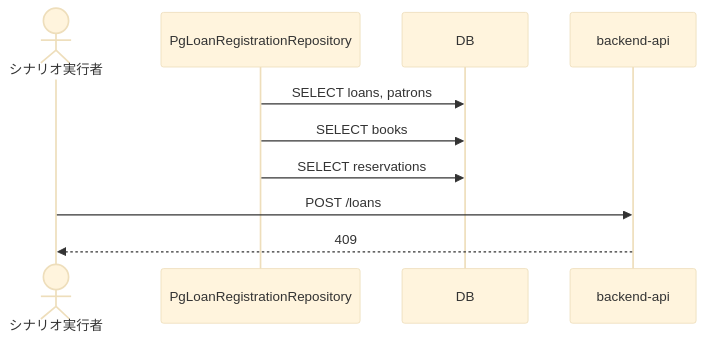
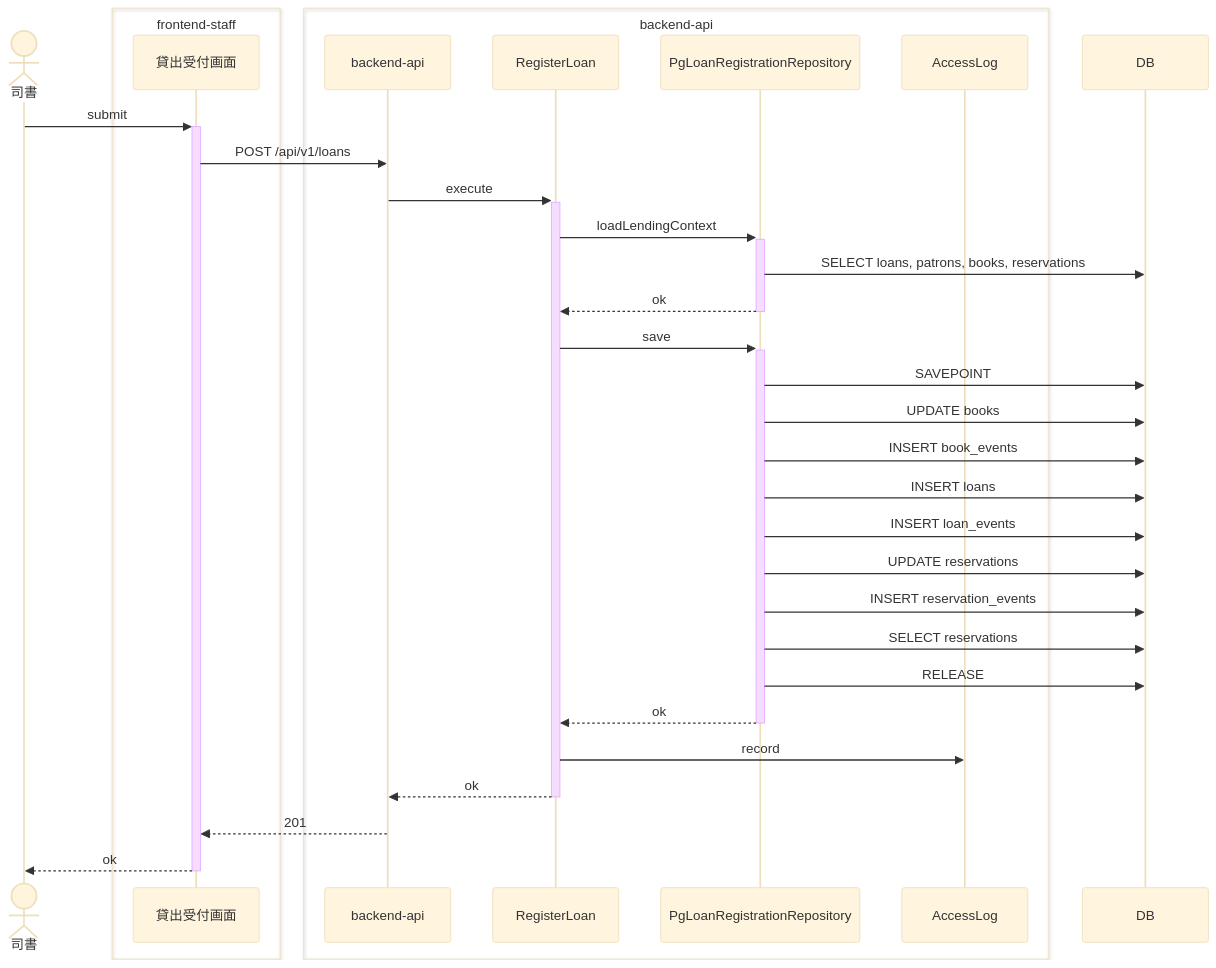
One commit to suwa-sh/suwa-sh-claude-plugins changed the fifth of 9 diagrams in samples/distillery2/library-loan/docs/as-built/貸出業務/貸出を登録する/sequence.md. Above: the diagram before and after it, drawn with Mermaid (base theme). The commit also changed other lines of this file and 64 other files, not shown here.

First line of the commit message:
feat(distillery2): as-built を読者の順に組み替え、e2e シーケンス図とデータフロー図を追加 (0.1.5)

````diff
--- a/samples/distillery2/library-loan/docs/as-built/貸出業務/貸出を登録する/sequence.md
+++ b/samples/distillery2/library-loan/docs/as-built/貸出業務/貸出を登録する/sequence.md
@@ -73,12 +112,35 @@
 ```mermaid
 sequenceDiagram
-    actor p0________ as シナリオ実行者
-    participant p1_PgLoanRegistrationRepository as PgLoanRegistrationRepository
-    participant p2_DB as DB
-    participant p3_backend_api as backend-api
-    p1_PgLoanRegistrationRepository->>p2_DB: SELECT loans, patrons
-    p1_PgLoanRegistrationRepository->>p2_DB: SELECT books
-    p1_PgLoanRegistrationRepository->>p2_DB: SELECT reservations
-    p0________->>p3_backend_api: POST /loans
-    p3_backend_api-->>p0________: 409
+    actor p0 as 司書
+    box transparent frontend-staff
+        participant p1 as 貸出受付画面
+    end
+    box transparent backend-api
+        participant p2 as backend-api
+        participant p3 as RegisterLoan
+        participant p4 as PgLoanRegistrationRepository
+        participant p6 as AccessLog
+    end
+    participant p5 as DB
+    p0->>+p1: submit
+    p1->>p2: POST /api/v1/loans
+    p2->>+p3: execute
+    p3->>+p4: loadLendingContext
+    p4->>p5: SELECT loans, patrons, books, reservations
+    p4-->>-p3: ok
+    p3->>+p4: save
+    p4->>p5: SAVEPOINT
+    p4->>p5: UPDATE books
+    p4->>p5: INSERT book_events
+    p4->>p5: INSERT loans
+    p4->>p5: INSERT loan_events
+    p4->>p5: UPDATE reservations
+    p4->>p5: INSERT reservation_events
+    p4->>p5: SELECT reservations
+    p4->>p5: RELEASE
+    p4-->>-p3: ok
+    p3->>p6: record
+    p3-->>-p2: ok
+    p2-->>p1: 201
+    p1-->>-p0: ok
 ```
````
